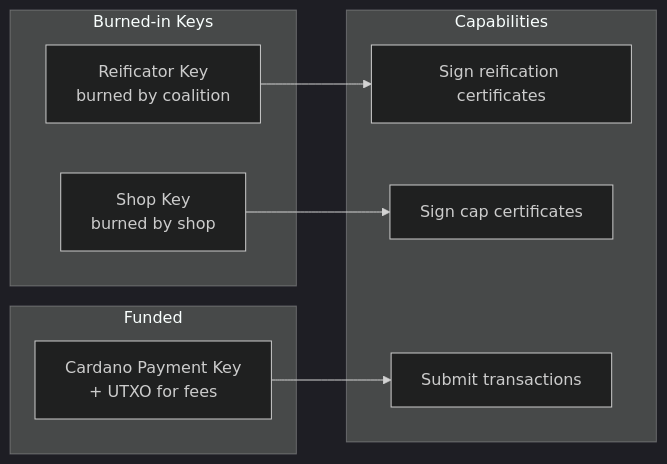
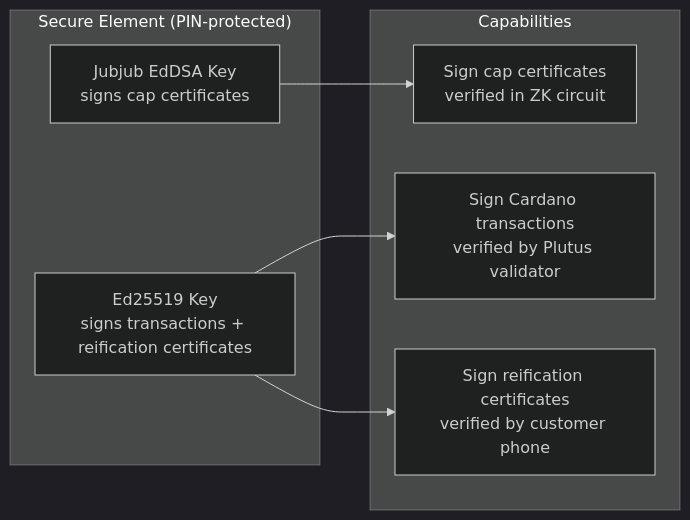
One commit to lambdasistemi/harvest changed the second of 4 diagrams in docs/protocol/actors.md. Above: the diagram before and after it, drawn with Mermaid (dark theme). The commit also changed other lines of this file and 9 other files, not shown here.

````diff
--- a/docs/protocol/actors.md
+++ b/docs/protocol/actors.md
@@ -60,15 +61,12 @@
 ```mermaid
 graph LR
-    subgraph "Burned-in Keys"
-        RK[Reificator Key<br/>burned by coalition]
-        SK[Shop Key<br/>burned by shop]
-    end
-    subgraph "Funded"
-        PK[Cardano Payment Key<br/>+ UTXO for fees]
+    subgraph "Secure Element (PIN-protected)"
+        JK[Jubjub EdDSA Key<br/>signs cap certificates]
+        EK[Ed25519 Key<br/>signs transactions + reification certificates]
     end
     subgraph "Capabilities"
-        RK --> SIGN_REIF[Sign reification certificates]
-        SK --> SIGN_CAP[Sign cap certificates]
-        PK --> SUBMIT[Submit transactions]
+        JK --> SIGN_CAP[Sign cap certificates<br/>verified in ZK circuit]
+        EK --> SIGN_TX[Sign Cardano transactions<br/>verified by Plutus validator]
+        EK --> SIGN_REIF[Sign reification certificates<br/>verified by customer phone]
     end
 ```
````
